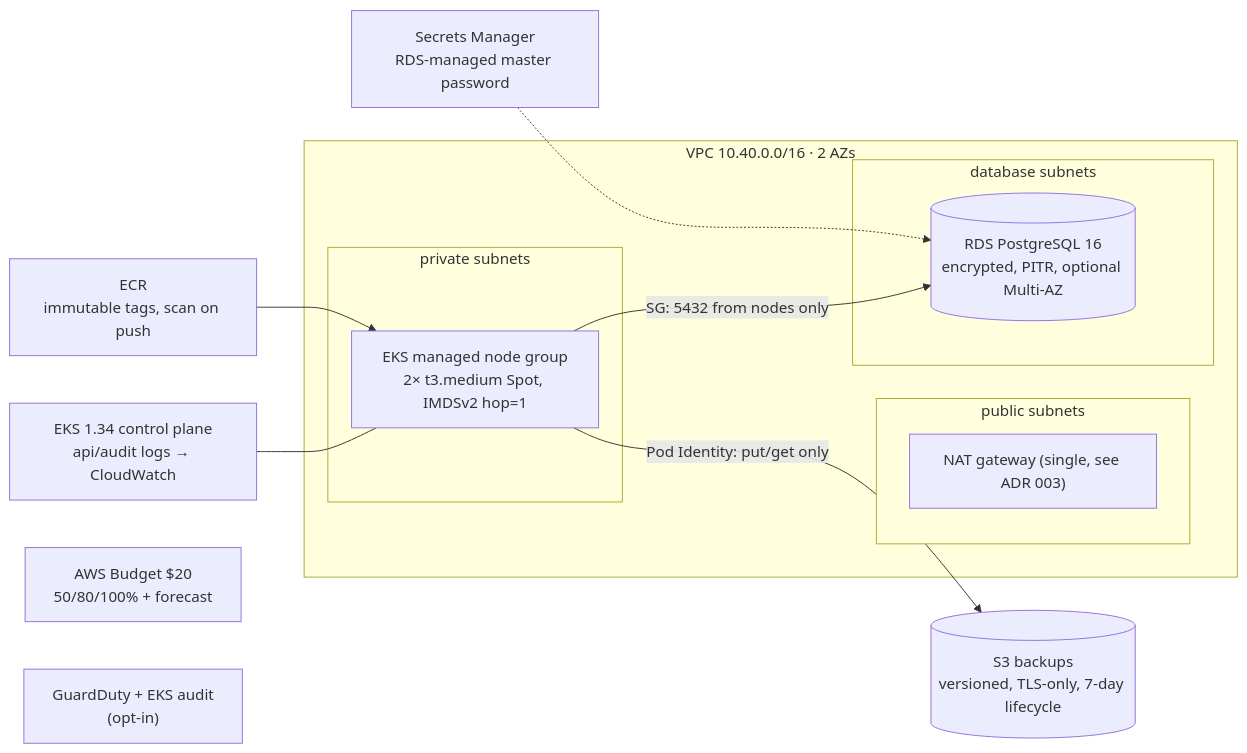
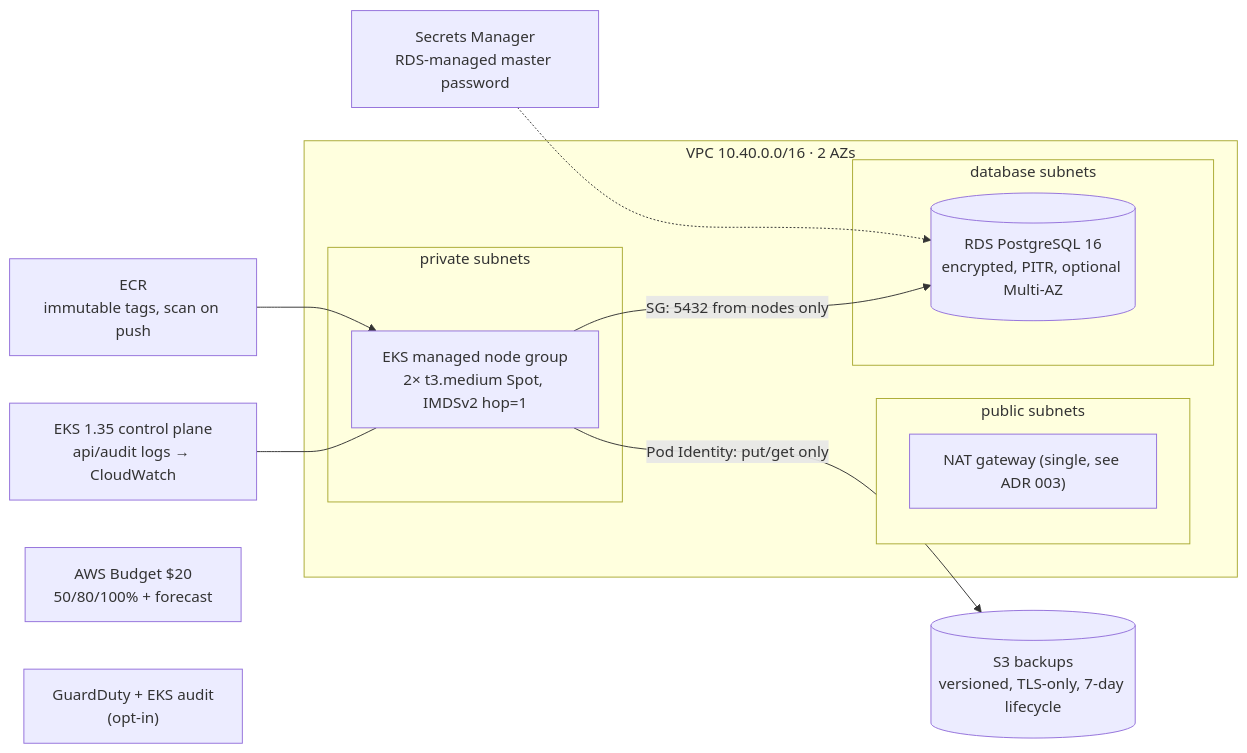
Before and after one commit to gkoufie1/aws-saas-sre-disaster-recovery-lab: the second of 2 diagrams in docs/architecture.md, drawn with Mermaid. The commit also changed 26 other files, not shown here.

````diff
--- a/docs/architecture.md
+++ b/docs/architecture.md
@@ -62,21 +62,21 @@
 ```mermaid
 flowchart LR
   subgraph vpc["VPC 10.40.0.0/16 · 2 AZs"]
     subgraph pub["public subnets"]
       nat["NAT gateway (single, see ADR 003)"]
     end
     subgraph priv["private subnets"]
       ng["EKS managed node group<br/>2× t3.medium Spot, IMDSv2 hop=1"]
     end
     subgraph db["database subnets"]
       rds[("RDS PostgreSQL 16<br/>encrypted, PITR, optional Multi-AZ")]
     end
   end
-  eks["EKS 1.34 control plane<br/>api/audit logs → CloudWatch"] --- ng
+  eks["EKS 1.35 control plane<br/>api/audit logs → CloudWatch"] --- ng
   ng -->|SG: 5432 from nodes only| rds
   ng -->|Pod Identity: put/get only| s3b[("S3 backups<br/>versioned, TLS-only, 7-day lifecycle")]
   ecr["ECR<br/>immutable tags, scan on push"] --> ng
   sm["Secrets Manager<br/>RDS-managed master password"] -.-> rds
   budget["AWS Budget $20<br/>50/80/100% + forecast"]
   gd["GuardDuty + EKS audit<br/>(opt-in)"]
 ```
````
